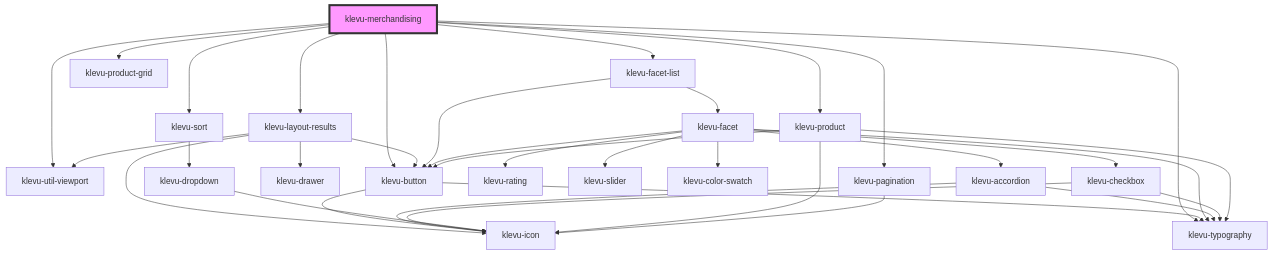
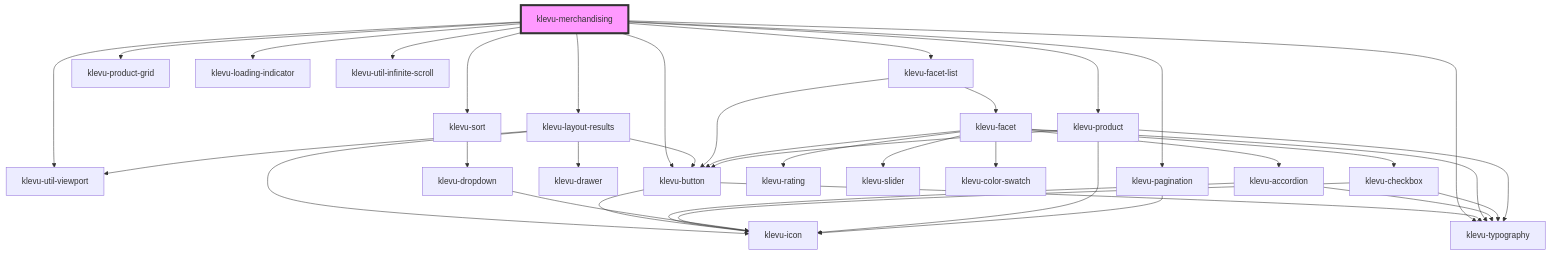
The diagram in packages/klevu-ui/src/components/klevu-merchandising/readme.md (klevultd/frontend-sdk), drawn with Mermaid before and after one commit. The commit also changed other lines of this file and 24 other files, not shown here.

First line of the commit message:
UI: Infinite loading component (#391)

````diff
--- a/packages/klevu-ui/src/components/klevu-merchandising/readme.md
+++ b/packages/klevu-ui/src/components/klevu-merchandising/readme.md
@@ -58,38 +61,40 @@
 ```mermaid
 graph TD;
   klevu-merchandising --> klevu-util-viewport
   klevu-merchandising --> klevu-layout-results
   klevu-merchandising --> klevu-facet-list
   klevu-merchandising --> klevu-typography
   klevu-merchandising --> klevu-sort
   klevu-merchandising --> klevu-product-grid
   klevu-merchandising --> klevu-product
+  klevu-merchandising --> klevu-loading-indicator
+  klevu-merchandising --> klevu-util-infinite-scroll
   klevu-merchandising --> klevu-pagination
   klevu-merchandising --> klevu-button
   klevu-layout-results --> klevu-util-viewport
   klevu-layout-results --> klevu-button
   klevu-layout-results --> klevu-icon
   klevu-layout-results --> klevu-drawer
   klevu-button --> klevu-icon
   klevu-button --> klevu-typography
   klevu-facet-list --> klevu-facet
   klevu-facet-list --> klevu-button
   klevu-facet --> klevu-accordion
   klevu-facet --> klevu-rating
   klevu-facet --> klevu-typography
   klevu-facet --> klevu-slider
   klevu-facet --> klevu-color-swatch
   klevu-facet --> klevu-checkbox
   klevu-facet --> klevu-button
   klevu-accordion --> klevu-typography
   klevu-accordion --> klevu-icon
   klevu-checkbox --> klevu-icon
   klevu-checkbox --> klevu-typography
   klevu-sort --> klevu-dropdown
   klevu-dropdown --> klevu-icon
   klevu-product --> klevu-icon
   klevu-product --> klevu-typography
   klevu-product --> klevu-button
   klevu-pagination --> klevu-icon
   style klevu-merchandising fill:#f9f,stroke:#333,stroke-width:4px
 ```
````
